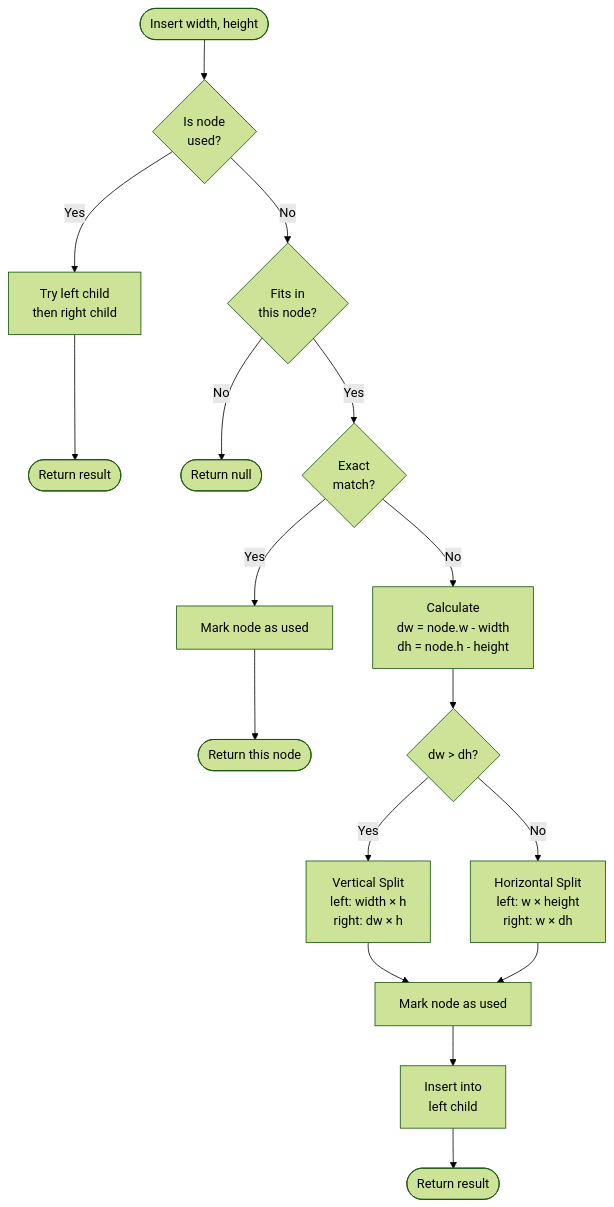
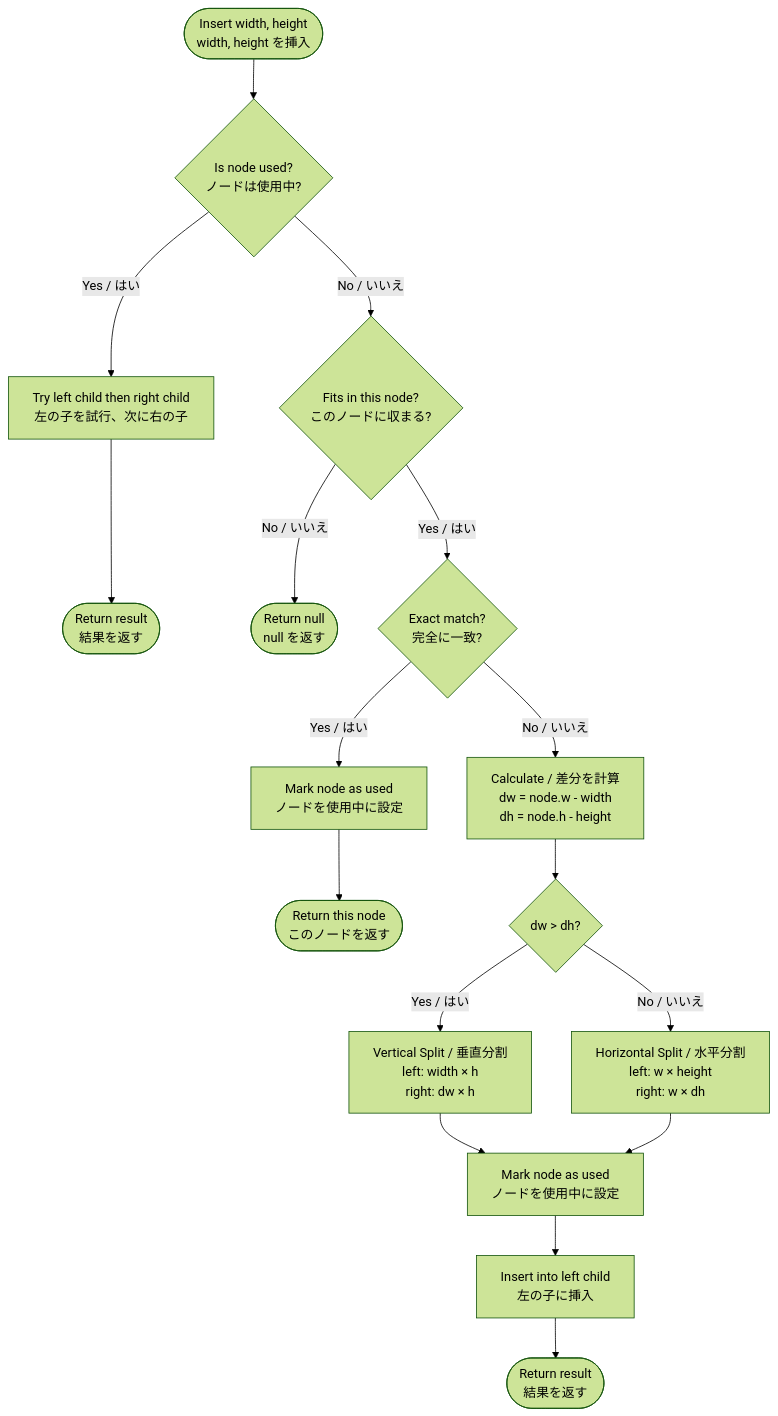
The second of 3 diagrams in packages/texture-packer/README.md (Next2D/player), drawn with Mermaid (forest theme) before and after one commit. The commit also changed other lines of this file and 2 other files, not shown here.

````diff
--- a/packages/texture-packer/README.md
+++ b/packages/texture-packer/README.md
@@ -86,24 +91,24 @@
 ```mermaid
 flowchart TD
-    Start([Insert width, height]) --> Check1{Is node<br/>used?}
-    Check1 -->|Yes| Recurse[Try left child<br/>then right child]
-    Recurse --> ReturnResult([Return result])
+    Start([Insert width, height<br/>width, height を挿入]) --> Check1{Is node used?<br/>ノードは使用中?}
+    Check1 -->|Yes / はい| Recurse[Try left child then right child<br/>左の子を試行、次に右の子]
+    Recurse --> ReturnResult([Return result<br/>結果を返す])
 
-    Check1 -->|No| Check2{Fits in<br/>this node?}
-    Check2 -->|No| ReturnNull([Return null])
+    Check1 -->|No / いいえ| Check2{Fits in this node?<br/>このノードに収まる?}
+    Check2 -->|No / いいえ| ReturnNull([Return null<br/>null を返す])
 
-    Check2 -->|Yes| Check3{Exact<br/>match?}
-    Check3 -->|Yes| MarkUsed[Mark node as used]
-    MarkUsed --> ReturnNode([Return this node])
+    Check2 -->|Yes / はい| Check3{Exact match?<br/>完全に一致?}
+    Check3 -->|Yes / はい| MarkUsed[Mark node as used<br/>ノードを使用中に設定]
+    MarkUsed --> ReturnNode([Return this node<br/>このノードを返す])
 
-    Check3 -->|No| CalcDelta[Calculate<br/>dw = node.w - width<br/>dh = node.h - height]
+    Check3 -->|No / いいえ| CalcDelta[Calculate / 差分を計算<br/>dw = node.w - width<br/>dh = node.h - height]
     CalcDelta --> Split{dw > dh?}
 
-    Split -->|Yes| SplitVertical[Vertical Split<br/>left: width × h<br/>right: dw × h]
-    Split -->|No| SplitHorizontal[Horizontal Split<br/>left: w × height<br/>right: w × dh]
+    Split -->|Yes / はい| SplitVertical[Vertical Split / 垂直分割<br/>left: width × h<br/>right: dw × h]
+    Split -->|No / いいえ| SplitHorizontal[Horizontal Split / 水平分割<br/>left: w × height<br/>right: w × dh]
 
-    SplitVertical --> MarkUsed2[Mark node as used]
+    SplitVertical --> MarkUsed2[Mark node as used<br/>ノードを使用中に設定]
     SplitHorizontal --> MarkUsed2
-    MarkUsed2 --> InsertLeft[Insert into<br/>left child]
-    InsertLeft --> ReturnResult2([Return result])
+    MarkUsed2 --> InsertLeft[Insert into left child<br/>左の子に挿入]
+    InsertLeft --> ReturnResult2([Return result<br/>結果を返す])
 ```
````
